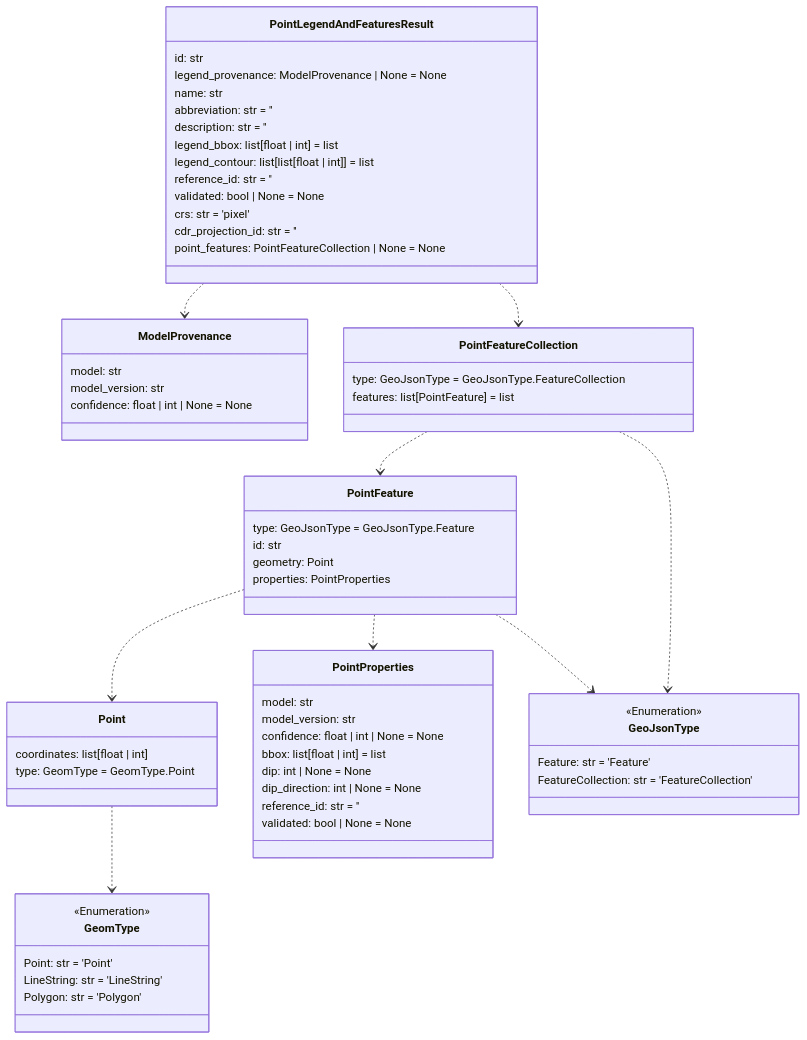
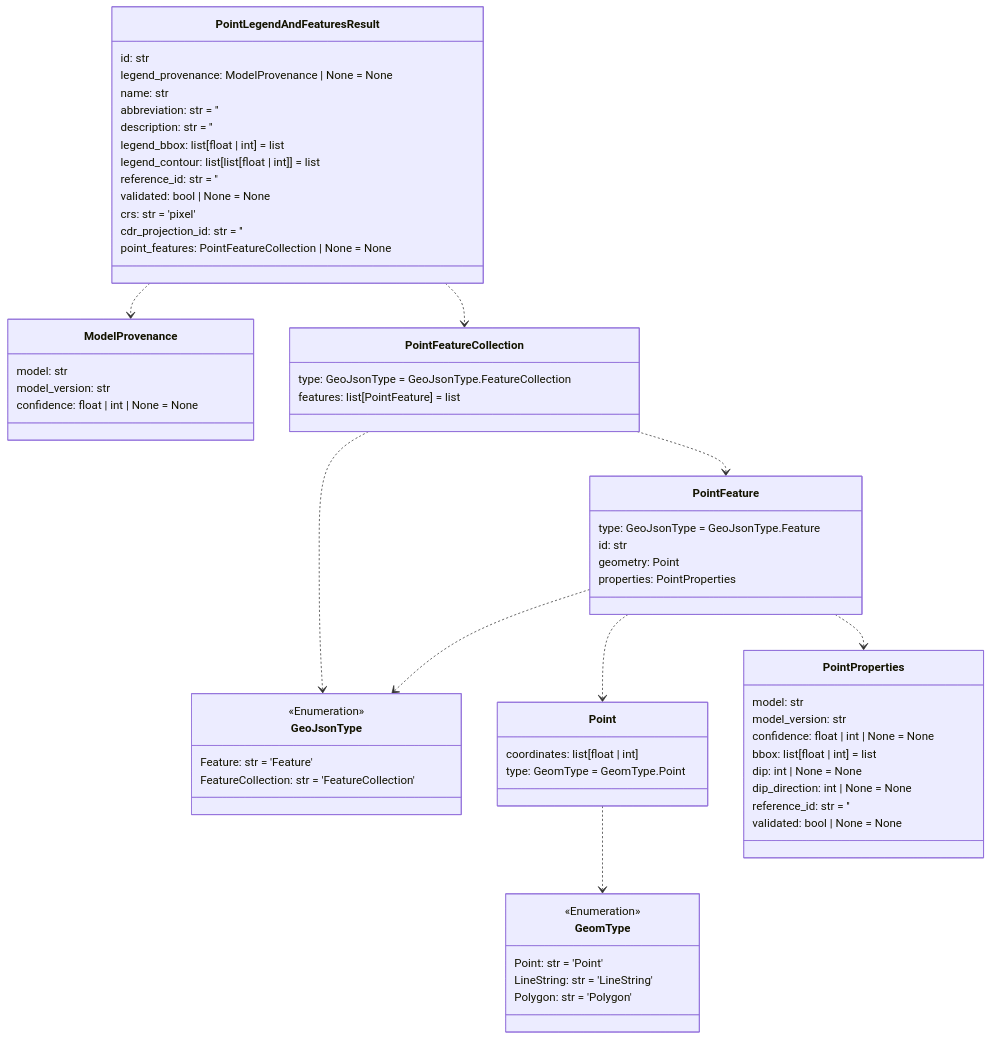
One commit to DARPA-CRITICALMAAS/cdr_schemas changed the fifth of 14 diagrams in README.md. Above: the diagram before and after it, drawn with Mermaid. The commit also changed other lines of this file and 2 other files, not shown here.

First line of the commit message:
minimal RFUserOptions for baseline RandomForestClassifier model (#61)

````diff
--- a/README.md
+++ b/README.md
@@ -368,76 +368,76 @@
 ```mermaid
 classDiagram
 
-    class PointFeatureCollection {
-        type: GeoJsonType = GeoJsonType.FeatureCollection
-        features: list[PointFeature] = list
+    class GeoJsonType {
+        <<Enumeration>>
+        Feature: str = 'Feature'
+        FeatureCollection: str = 'FeatureCollection'
     }
 
     class GeomType {
         <<Enumeration>>
         Point: str = 'Point'
         LineString: str = 'LineString'
         Polygon: str = 'Polygon'
     }
 
-    class GeoJsonType {
-        <<Enumeration>>
-        Feature: str = 'Feature'
-        FeatureCollection: str = 'FeatureCollection'
-    }
-
-    class Point {
-        coordinates: list[float | int]
-        type: GeomType = GeomType.Point
-    }
-
-    class ModelProvenance {
-        model: str
-        model_version: str
-        confidence: float | int | None = None
-    }
-
     class PointFeature {
         type: GeoJsonType = GeoJsonType.Feature
         id: str
         geometry: Point
         properties: PointProperties
     }
 
-    class PointProperties {
-        model: str
-        model_version: str
-        confidence: float | int | None = None
-        bbox: list[float | int] = list
-        dip: int | None = None
-        dip_direction: int | None = None
-        reference_id: str = ''
-        validated: bool | None = None
+    class Point {
+        coordinates: list[float | int]
+        type: GeomType = GeomType.Point
     }
 
     class PointLegendAndFeaturesResult {
         id: str
         legend_provenance: ModelProvenance | None = None
         name: str
         abbreviation: str = ''
         description: str = ''
         legend_bbox: list[float | int] = list
         legend_contour: list[list[float | int]] = list
         reference_id: str = ''
         validated: bool | None = None
         crs: str = 'pixel'
         cdr_projection_id: str = ''
         point_features: PointFeatureCollection | None = None
     }
 
+    class ModelProvenance {
+        model: str
+        model_version: str
+        confidence: float | int | None = None
+    }
+
+    class PointFeatureCollection {
+        type: GeoJsonType = GeoJsonType.FeatureCollection
+        features: list[PointFeature] = list
+    }
+
+    class PointProperties {
+        model: str
+        model_version: str
+        confidence: float | int | None = None
+        bbox: list[float | int] = list
+        dip: int | None = None
+        dip_direction: int | None = None
+        reference_id: str = ''
+        validated: bool | None = None
+    }
+
     Point ..> GeomType
     PointFeature ..> Point
     PointFeature ..> PointProperties
     PointFeature ..> GeoJsonType
+    PointFeatureCollection ..> GeoJsonType
     PointFeatureCollection ..> PointFeature
-    PointFeatureCollection ..> GeoJsonType
     PointLegendAndFeaturesResult ..> ModelProvenance
     PointLegendAndFeaturesResult ..> PointFeatureCollection
 
 
 ```
````
